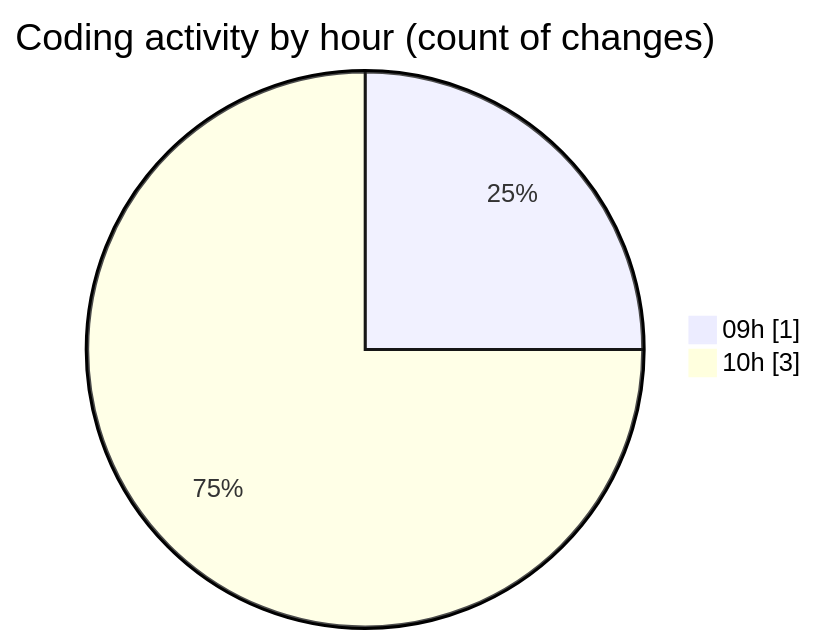
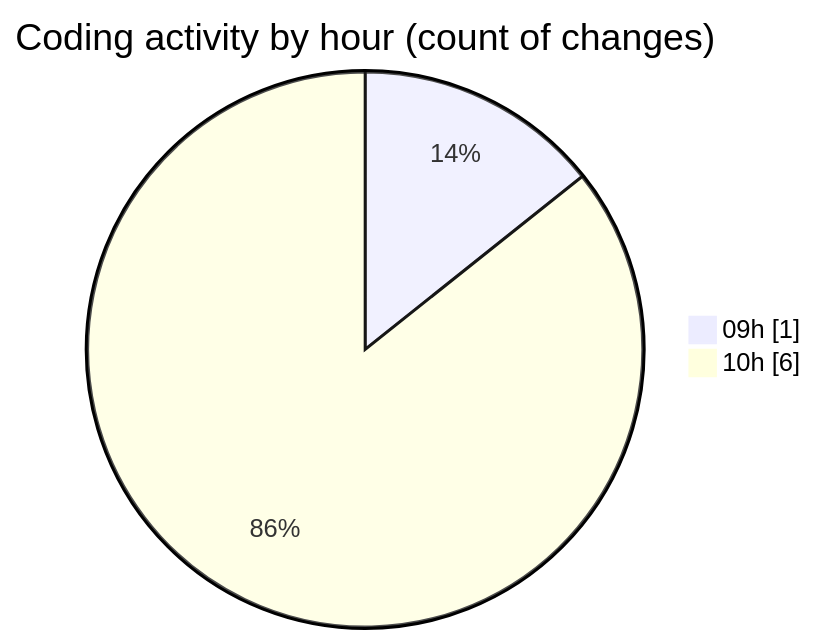
Before and after one commit to Elitesun/code-tracking: the second of 2 diagrams in 2025-05-07/niten/README.md, drawn with Mermaid. The commit also changed other lines of this file and 1 other file, not shown here.

````diff
--- a/2025-05-07/niten/README.md
+++ b/2025-05-07/niten/README.md
@@ -31,6 +33,6 @@
 ```mermaid
 pie showData
 title Coding activity by hour (count of changes)
 "09h" : 1
-"10h" : 3
+"10h" : 6
 ```
````
